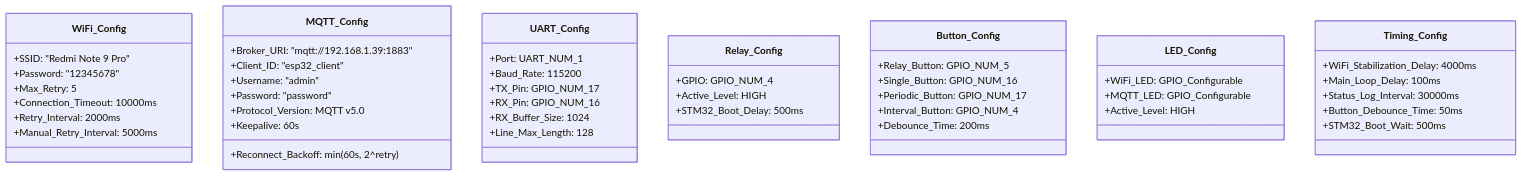
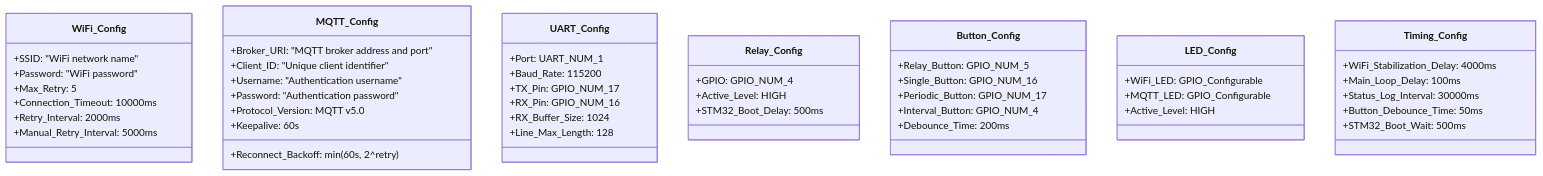
The third of 5 diagrams in documents/esp32/UML_CLASS_DIAGRAM_ESP32.md (meeTeam05/datalogger), drawn with Mermaid before and after one commit. The commit also changed other lines of this file, not shown here.

Commit message:
fix(docs): remove outdated diagrams and update configuration constants for clarity in UML_CLASS_DIAGRAM_ESP32.md

````diff
--- a/documents/esp32/UML_CLASS_DIAGRAM_ESP32.md
+++ b/documents/esp32/UML_CLASS_DIAGRAM_ESP32.md
@@ -458,58 +281,58 @@
 ```mermaid
 classDiagram
     class WiFi_Config {
-        +SSID: "Redmi Note 9 Pro"
-        +Password: "12345678"
+        +SSID: "WiFi network name"
+        +Password: "WiFi password"
         +Max_Retry: 5
         +Connection_Timeout: 10000ms
         +Retry_Interval: 2000ms
         +Manual_Retry_Interval: 5000ms
     }
 
     class MQTT_Config {
-        +Broker_URI: "mqtt://192.168.1.39:1883"
-        +Client_ID: "esp32_client"
-        +Username: "admin"
-        +Password: "password"
+        +Broker_URI: "MQTT broker address and port"
+        +Client_ID: "Unique client identifier"
+        +Username: "Authentication username"
+        +Password: "Authentication password"
         +Protocol_Version: MQTT v5.0
         +Keepalive: 60s
         +Reconnect_Backoff: min(60s, 2^retry)
     }
 
     class UART_Config {
         +Port: UART_NUM_1
         +Baud_Rate: 115200
         +TX_Pin: GPIO_NUM_17
         +RX_Pin: GPIO_NUM_16
         +RX_Buffer_Size: 1024
         +Line_Max_Length: 128
     }
 
     class Relay_Config {
         +GPIO: GPIO_NUM_4
         +Active_Level: HIGH
         +STM32_Boot_Delay: 500ms
     }
 
     class Button_Config {
         +Relay_Button: GPIO_NUM_5
         +Single_Button: GPIO_NUM_16
         +Periodic_Button: GPIO_NUM_17
         +Interval_Button: GPIO_NUM_4
         +Debounce_Time: 200ms
     }
 
     class LED_Config {
         +WiFi_LED: GPIO_Configurable
         +MQTT_LED: GPIO_Configurable
         +Active_Level: HIGH
     }
 
     class Timing_Config {
         +WiFi_Stabilization_Delay: 4000ms
         +Main_Loop_Delay: 100ms
         +Status_Log_Interval: 30000ms
         +Button_Debounce_Time: 50ms
         +STM32_Boot_Wait: 500ms
     }
 ```
````
